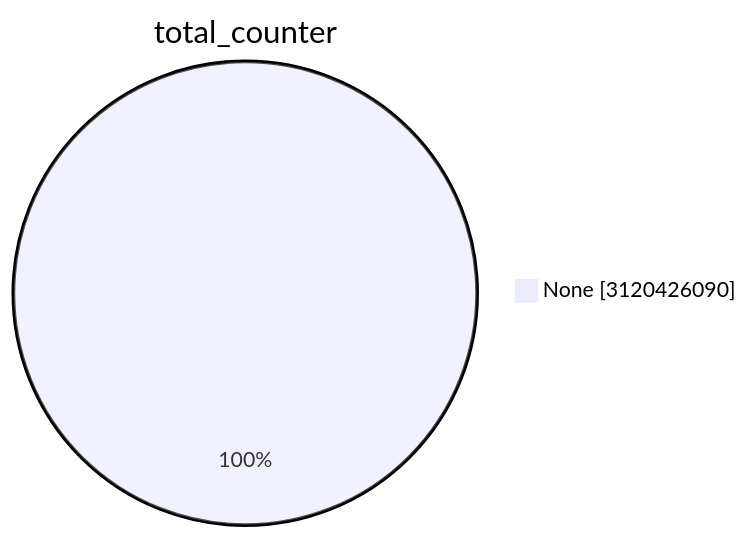
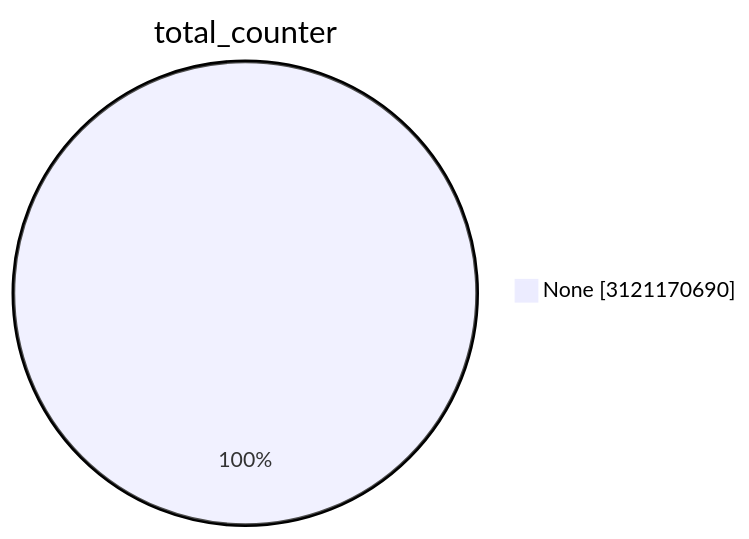
Before and after one commit to christiankrug/ctmonitor_visualization: the first of 15 diagrams in TOTAL/README.md, drawn with Mermaid. The commit also changed other lines of this file, not shown here.

````diff
--- a/TOTAL/README.md
+++ b/TOTAL/README.md
@@ -1,5 +1,5 @@
 ```mermaid
 pie showData
 title total_counter
-"None" :3120426090
+"None" :3121170690
 ```
````
